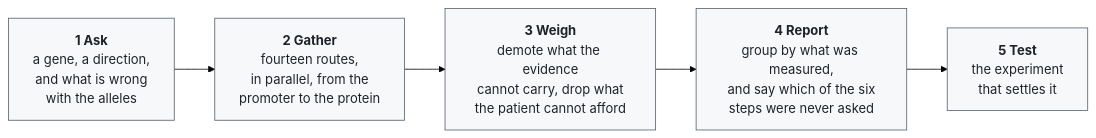
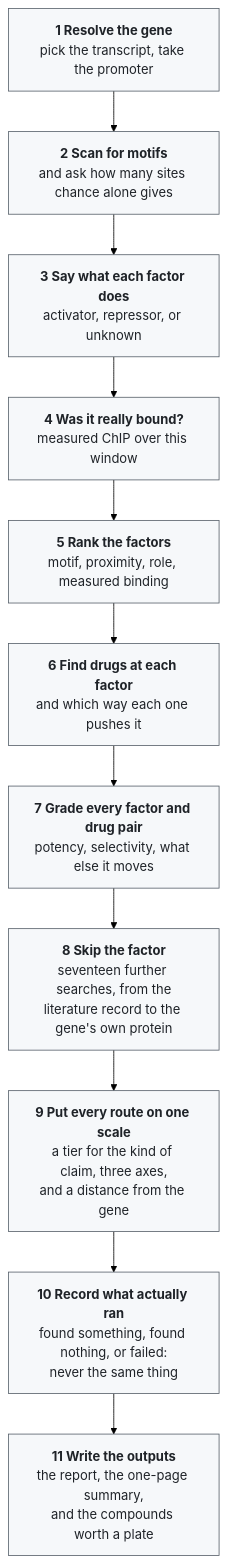
Before and after one commit to kjmartin44/Martins: the diagram in docs/pipeline.mmd, drawn with Mermaid (forest theme). The commit also changed 48 other files, not shown here.

```diff
--- a/docs/pipeline.mmd
+++ b/docs/pipeline.mmd
@@ -1,12 +1,19 @@
-%% One run, left to right. The README embeds this file verbatim.
-%% The branches are in pipeline_detail.mmd.
+%% One run as its eleven stages, top to bottom. The README embeds this
+%% file verbatim, minus these comment lines.
+%% The eighteen routes stage 8 opens are in pipeline_detail.mmd.
 %% Source of truth: docs/how-it-works.md.
-flowchart LR
-    A["<b>1 Ask</b><br/>a gene, a direction,<br/>and what is wrong<br/>with the alleles"]
-    B["<b>2 Gather</b><br/>fourteen routes,<br/>in parallel, from the<br/>promoter to the protein"]
-    C["<b>3 Weigh</b><br/>demote what the evidence<br/>cannot carry, drop what<br/>the patient cannot afford"]
-    D["<b>4 Report</b><br/>group by what was measured,<br/>and say which of the six<br/>steps were never asked"]
-    E["<b>5 Test</b><br/>the experiment<br/>that settles it"]
-    A --> B --> C --> D --> E
+flowchart TD
+    S1["<b>1 Resolve the gene</b><br/>pick the transcript, take the promoter"]
+    S2["<b>2 Scan for motifs</b><br/>and ask how many sites chance alone gives"]
+    S3["<b>3 Say what each factor does</b><br/>activator, repressor, or unknown"]
+    S4["<b>4 Was it really bound?</b><br/>measured ChIP over this window"]
+    S5["<b>5 Rank the factors</b><br/>motif, proximity, role, measured binding"]
+    S6["<b>6 Find drugs at each factor</b><br/>and which way each one pushes it"]
+    S7["<b>7 Grade every factor and drug pair</b><br/>potency, selectivity, what else it moves"]
+    S8["<b>8 Skip the factor</b><br/>seventeen further searches, from the<br/>literature record to the gene's own protein"]
+    S9["<b>9 Put every route on one scale</b><br/>a tier for the kind of claim, three axes,<br/>and a distance from the gene"]
+    S10["<b>10 Record what actually ran</b><br/>found something, found nothing, or failed:<br/>never the same thing"]
+    S11["<b>11 Write the outputs</b><br/>the report, the one-page summary,<br/>and the compounds worth a plate"]
+    S1 --> S2 --> S3 --> S4 --> S5 --> S6 --> S7 --> S8 --> S9 --> S10 --> S11
     classDef step fill:#f6f8fa,stroke:#57606a,color:#1f2328
-    class A,B,C,D,E step
+    class S1,S2,S3,S4,S5,S6,S7,S8,S9,S10,S11 step
```
